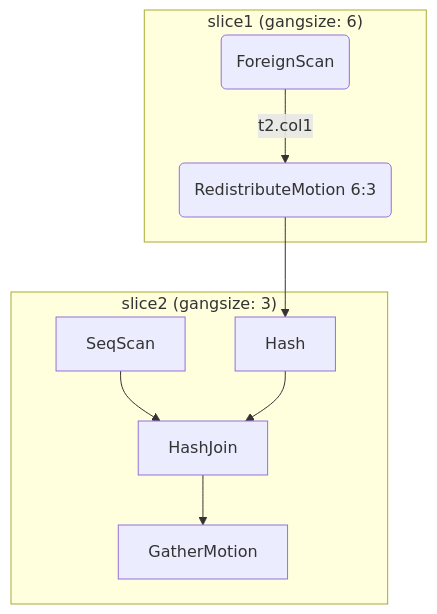
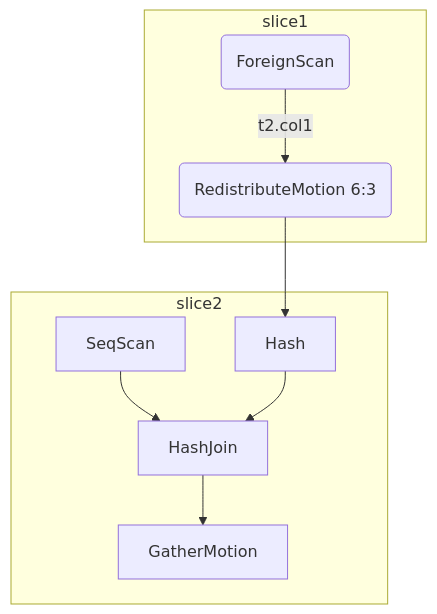
Before and after one commit to pp-qq/pp-qq.github.io: the second of 2 diagrams in _i18n/cn/_posts/2020-05-09-compute-storage.md, drawn with Mermaid. The commit also changed other lines of this file and 3 other files, not shown here.

Commit message:
Upgrade mermaid to 8.5.0

```diff
--- a/_i18n/cn/_posts/2020-05-09-compute-storage.md
+++ b/_i18n/cn/_posts/2020-05-09-compute-storage.md
@@ -52,14 +50,12 @@
 {% mermaid %}
-
-graph TD
-    subgraph "slice1 (gangsize: 6)"
-    FS(ForeignScan) --> |t2.col1| RM(RedistributeMotion 6:3)
-    end
-    subgraph "slice2 (gangsize: 3)"
-    RM --> H[Hash]
-    SS[SeqScan] --> HJ[HashJoin]
-    H --> HJ
-    HJ --> GM[GatherMotion]
-    end
-
+graph TD;
+    subgraph slice1;
+    FS(ForeignScan) --> |t2.col1| RM(RedistributeMotion 6:3);
+    end;
+    subgraph slice2;
+    RM --> H[Hash];
+    SS[SeqScan] --> HJ[HashJoin];
+    H --> HJ;
+    HJ --> GM[GatherMotion];
+    end;
 {% endmermaid %}
```
